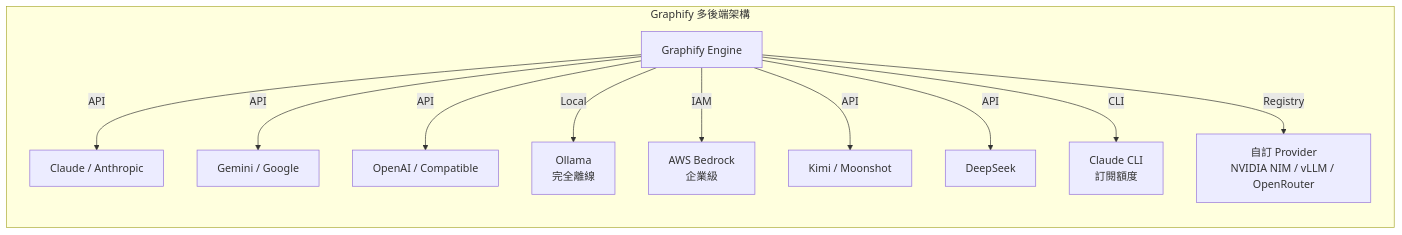
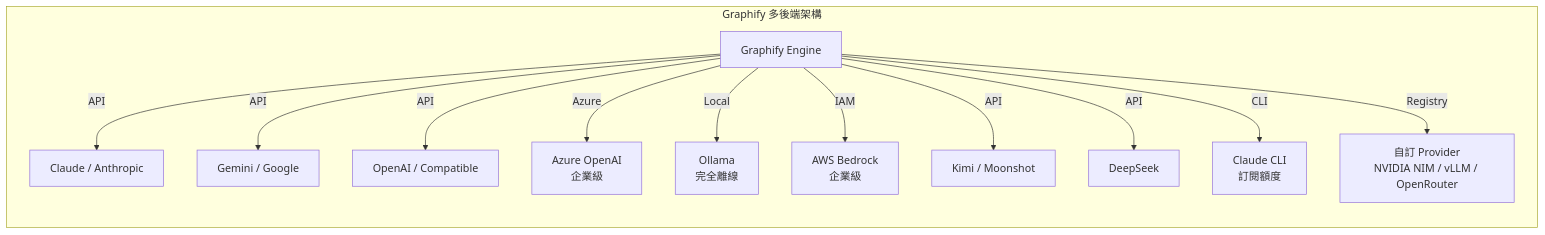
Before and after one commit to chihhung/Blog: the second of 14 diagrams in content/posts/教學/AI開發/Graphify教學手冊.md, drawn with Mermaid. The commit also changed other lines of this file and 22 other files, not shown here.

````diff
--- a/content/posts/教學/AI開發/Graphify教學手冊.md
+++ b/content/posts/教學/AI開發/Graphify教學手冊.md
@@ -235,15 +258,16 @@
 ```mermaid
 graph LR
     subgraph "Graphify 多後端架構"
         GF[Graphify Engine]
         GF -->|API| CL[Claude / Anthropic]
         GF -->|API| GM[Gemini / Google]
         GF -->|API| OA[OpenAI / Compatible]
+        GF -->|Azure| AZ[Azure OpenAI<br>企業級]
         GF -->|Local| OL[Ollama<br>完全離線]
         GF -->|IAM| BD[AWS Bedrock<br>企業級]
         GF -->|API| KM[Kimi / Moonshot]
         GF -->|API| DS[DeepSeek]
         GF -->|CLI| CC[Claude CLI<br>訂閱額度]
         GF -->|Registry| CP[自訂 Provider<br>NVIDIA NIM / vLLM / OpenRouter]
     end
 ```
````
